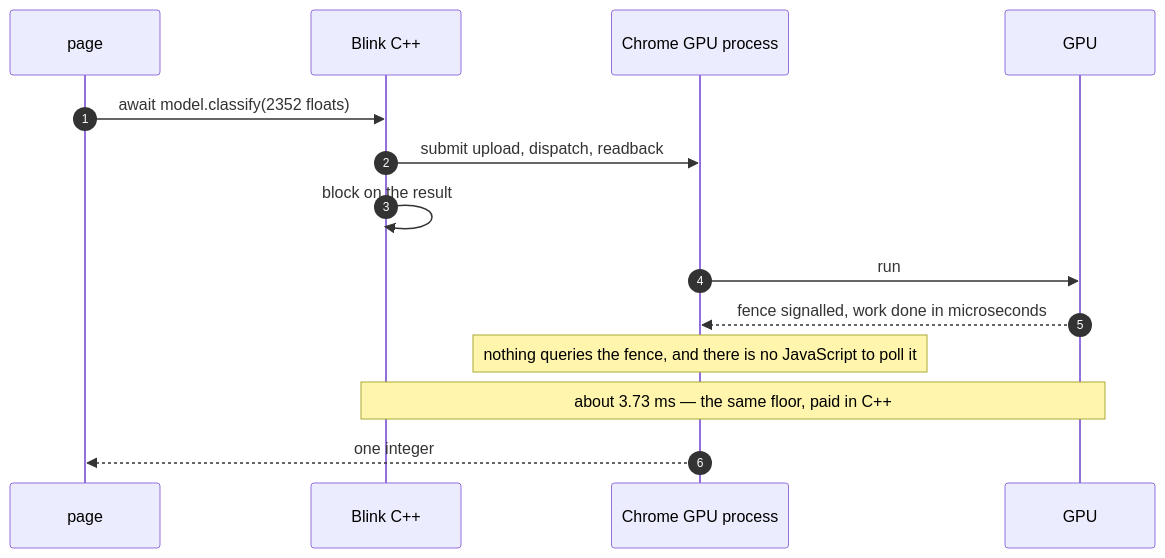
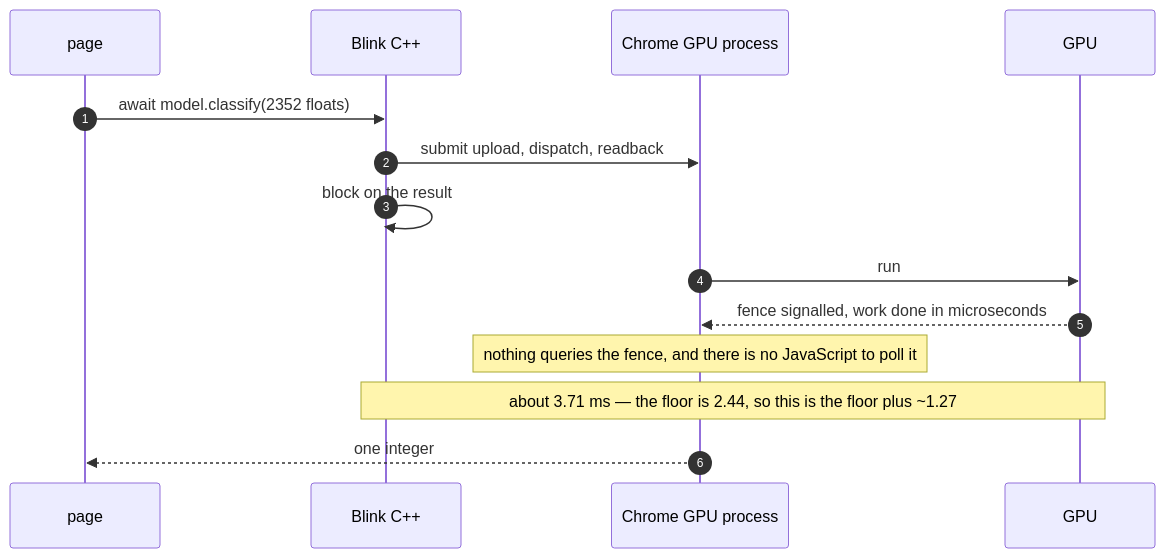
One commit to obeletski/webgpu-experiments changed diagram 12 of 12 in docs/architecture.md. Above: the diagram before and after it, drawn with Mermaid. The commit also changed other lines of this file and 3 other files, not shown here.

````diff
--- a/docs/architecture.md
+++ b/docs/architecture.md
@@ -580,16 +589,16 @@
 ```mermaid
 sequenceDiagram
     autonumber
     participant P as page
     participant C as Blink C++
     participant CR as Chrome GPU process
     participant GPU as GPU
     P->>C: await model.classify(2352 floats)
     C->>CR: submit upload, dispatch, readback
     C->>C: block on the result
     CR->>GPU: run
     GPU-->>CR: fence signalled, work done in microseconds
     Note over CR: nothing queries the fence, and there is no JavaScript to poll it
-    Note over C,GPU: about 3.73 ms — the same floor, paid in C++
+    Note over C,GPU: about 3.71 ms — the floor is 2.44, so this is the floor plus ~1.27
     CR-->>P: one integer
 ```
````
